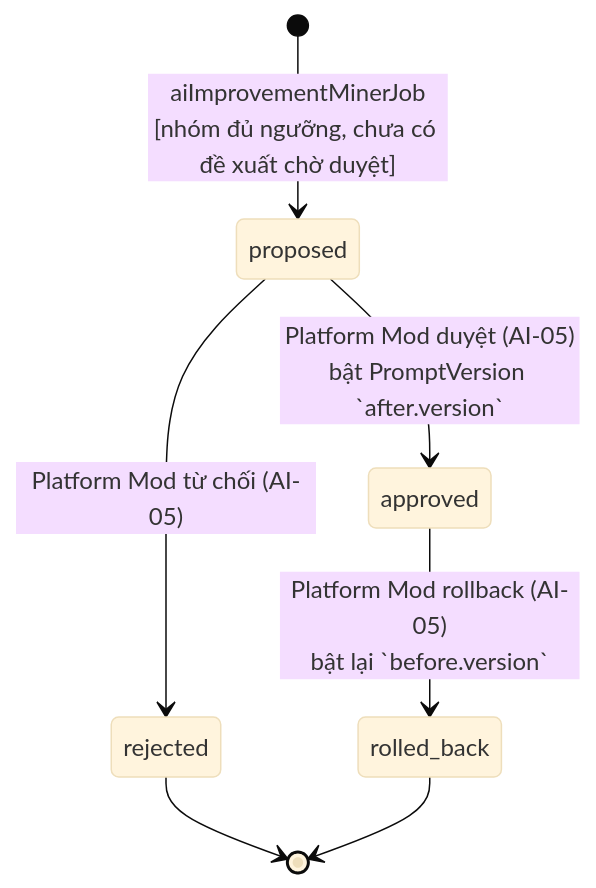
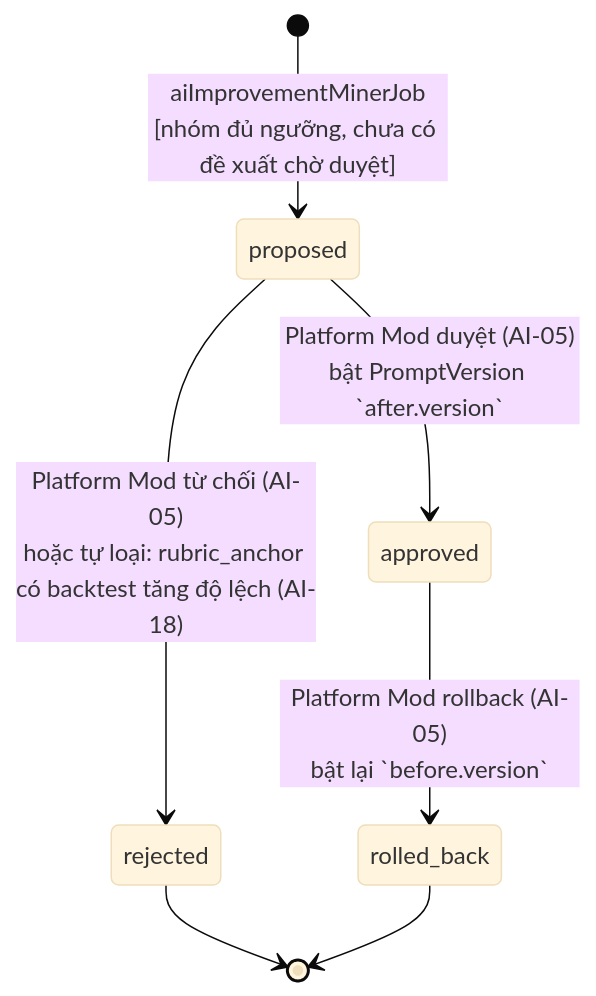
Before and after one commit to YenNhi206/ProInterview: diagram 17 of 19 in docs/STATE_MACHINES.md, drawn with Mermaid (base theme). The commit also changed other lines of this file and 14 other files, not shown here.

First line of the commit message:
feat(AI-18): miner đề xuất rubric_anchor từ rubric công ty đã duyệt (ẩn danh)

````diff
--- a/docs/STATE_MACHINES.md
+++ b/docs/STATE_MACHINES.md
@@ -460,9 +460,9 @@
 ```mermaid
 stateDiagram-v2
     [*] --> proposed : aiImprovementMinerJob<br/>[nhóm đủ ngưỡng, chưa có đề xuất chờ duyệt]
     proposed --> approved : Platform Mod duyệt (AI-05)<br/>bật PromptVersion `after.version`
-    proposed --> rejected : Platform Mod từ chối (AI-05)
+    proposed --> rejected : Platform Mod từ chối (AI-05)<br/>hoặc tự loại: rubric_anchor có backtest tăng độ lệch (AI-18)
     approved --> rolled_back : Platform Mod rollback (AI-05)<br/>bật lại `before.version`
     rejected --> [*]
     rolled_back --> [*]
 ```
````
